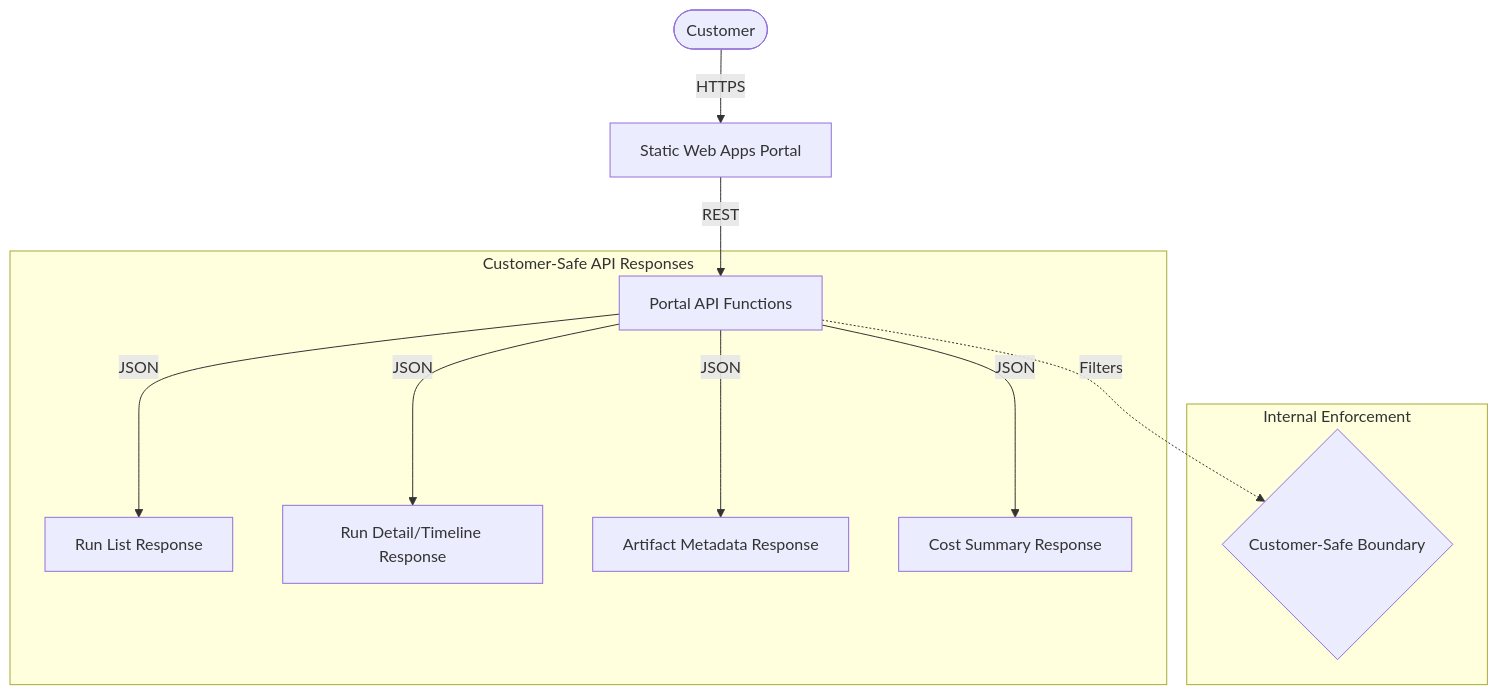
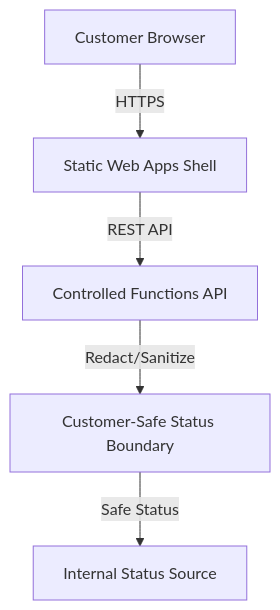
One commit to wildersa/azure_ref_kit changed the diagram in building-blocks/portals/static-status-portal/README.md. Above: the diagram before and after it, drawn with Mermaid. The commit also changed other lines of this file and 1 other file, not shown here.

First line of the commit message:
[PORTAL-001] Define static customer-safe status portal contract

````diff
--- a/building-blocks/portals/static-status-portal/README.md
+++ b/building-blocks/portals/static-status-portal/README.md
@@ -20,16 +13,7 @@
 ```mermaid
-graph TD
-    Customer([Customer]) -->|HTTPS| Portal[Static Web Apps Portal]
-    Portal -->|REST| API[Portal API Functions]
-
-    subgraph "Customer-Safe API Responses"
-        API -->|JSON| RunList[Run List Response]
-        API -->|JSON| RunDetail[Run Detail/Timeline Response]
-        API -->|JSON| Artifacts[Artifact Metadata Response]
-        API -->|JSON| Cost[Cost Summary Response]
-    end
-
-    subgraph "Internal Enforcement"
-        API -.->|Filters| Boundary{Customer-Safe Boundary}
-    end
+flowchart TD
+    Customer[Customer Browser] -->|HTTPS| SWA[Static Web Apps Shell]
+    SWA -->|REST API| Func[Controlled Functions API]
+    Func -->|Redact/Sanitize| Boundary[Customer-Safe Status Boundary]
+    Boundary -->|Safe Status| Source[Internal Status Source]
 ```
````
